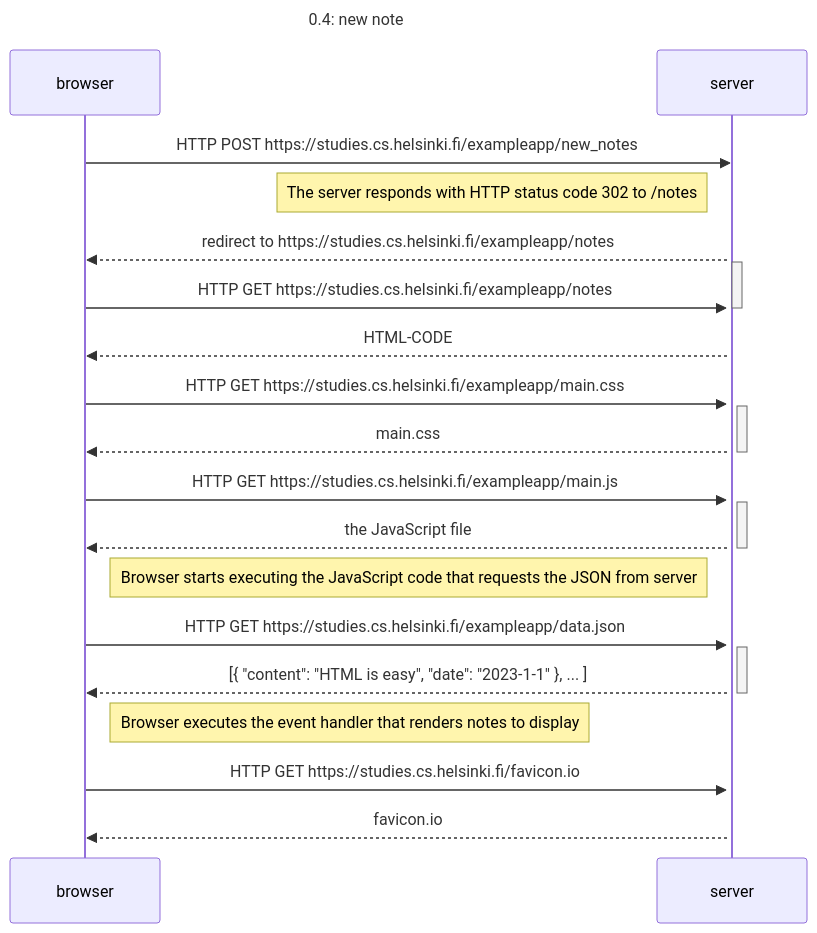
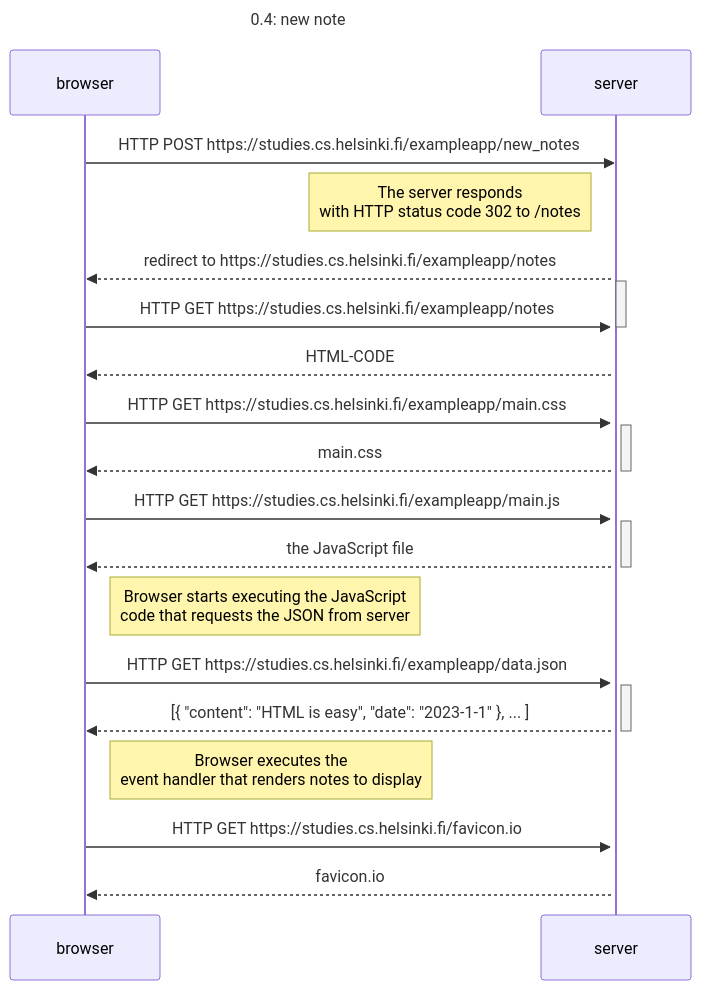
The diagram in part0/0.4.md (Leagian/Full-Stack-Open-Exercises), drawn with Mermaid before and after one commit. The commit also changed 1 other file, not shown here.

Commit message:
part0 06.md

````diff
--- a/part0/0.4.md
+++ b/part0/0.4.md
@@ -3,37 +3,37 @@
 ```mermaid
 sequenceDiagram
     Title: 0.4: new note
 
     browser->>server: HTTP POST https://studies.cs.helsinki.fi/exampleapp/new_notes
     activate server
-    Note left of server: The server responds with HTTP status code 302 to /notes
+    Note left of server: The server responds <br> with HTTP status code 302 to /notes
     server-->>browser: redirect to https://studies.cs.helsinki.fi/exampleapp/notes
     activate server
     browser->>server: HTTP GET https://studies.cs.helsinki.fi/exampleapp/notes
     deactivate server
 
     server-->>browser: HTML-CODE
     activate server
     browser->>server: HTTP GET https://studies.cs.helsinki.fi/exampleapp/main.css
     activate server
     server-->>browser: main.css
     deactivate server
 
     browser->>server: HTTP GET https://studies.cs.helsinki.fi/exampleapp/main.js
     activate server
     server-->>browser: the JavaScript file
     deactivate server
 
-    Note right of browser: Browser starts executing the JavaScript code that requests the JSON from server
+    Note right of browser: Browser starts executing the JavaScript <br> code that requests the JSON from server
 
     browser->>server: HTTP GET https://studies.cs.helsinki.fi/exampleapp/data.json
     activate server
     server-->>browser: [{ "content": "HTML is easy", "date": "2023-1-1" }, ... ]
     deactivate server
 
-    Note right of browser: Browser executes the event handler that renders notes to display
+    Note right of browser: Browser executes the <br> event handler that renders notes to display
 
     browser->>server: HTTP GET https://studies.cs.helsinki.fi/favicon.io
     activate server
     server-->>browser: favicon.io
 ```
````
